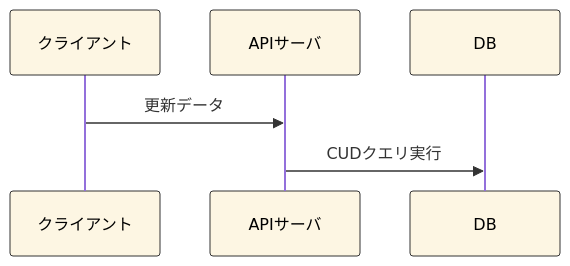
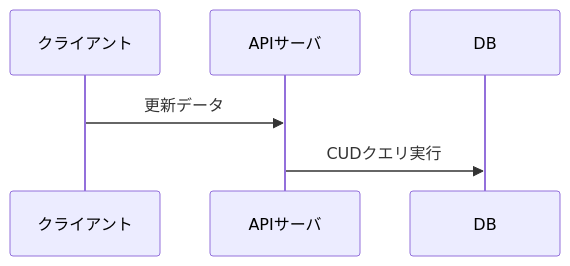
Before and after one commit to shuhei1101/sample-react-app: the third of 4 diagrams in README.md, drawn with Mermaid. The commit also changed other lines of this file and 3 other files, not shown here.

````diff
--- a/README.md
+++ b/README.md
@@ -177,17 +203,10 @@
 ```mermaid
-%%{init: {
-  "themeVariables": {
-    "actorBkg": "#fdf6e3",
-    "actorBorder": "#333",
-    "actorTextColor": "#000"
-  }
-}}%%
 sequenceDiagram
   participant Client as クライアント
   participant Server as APIサーバ
   participant DB
 
 
   Client ->> Server: 更新データ
   Server ->> DB: CUDクエリ実行
 ```
````
